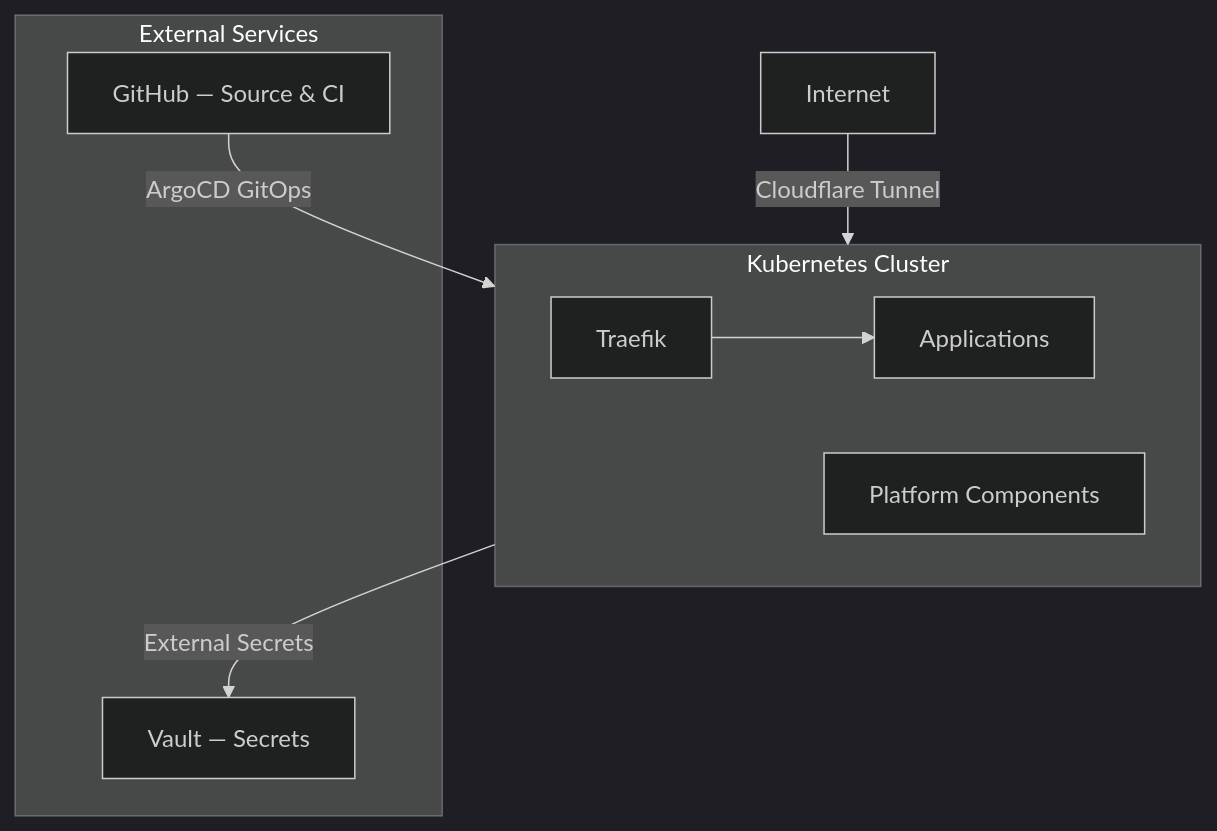
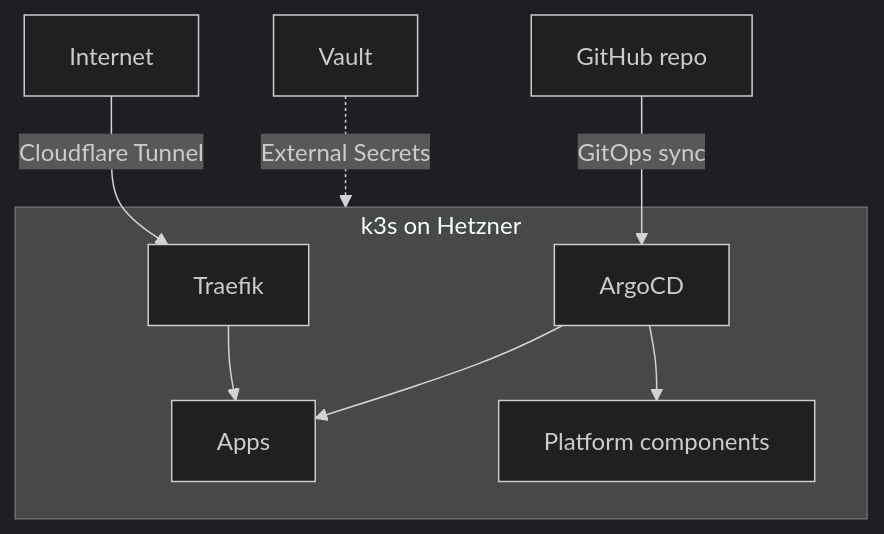
The first of 2 diagrams in docs/src/getting-started/01-overview.md (kbntx-org/nexus), drawn with Mermaid before and after one commit. The commit also changed other lines of this file and 15 other files, not shown here.

````diff
--- a/docs/src/getting-started/01-overview.md
+++ b/docs/src/getting-started/01-overview.md
@@ -22,21 +27,14 @@
 ```mermaid
 %%{init: {'theme':'dark'}}%%
 graph TD
-    Internet -->|Cloudflare Tunnel| Cluster
+    Internet -->|Cloudflare Tunnel| Traefik
+    GitHub[GitHub repo] -->|GitOps sync| ArgoCD
 
-    subgraph Cluster[Kubernetes Cluster]
-        direction LR
-        Traefik[Traefik]
-        Apps[Applications]
-        Platform[Platform Components]
+    subgraph Cluster[k3s on Hetzner]
+        Traefik --> Apps
+        ArgoCD --> Apps
+        ArgoCD --> Platform[Platform components]
     end
 
-    subgraph External[External Services]
-        Vault[Vault — Secrets]
-        GitHub[GitHub — Source & CI]
-    end
-
-    Traefik --> Apps
-    GitHub -->|ArgoCD GitOps| Cluster
-    Cluster -->|External Secrets| Vault
+    Vault[Vault] -.->|External Secrets| Cluster
 ```
````
